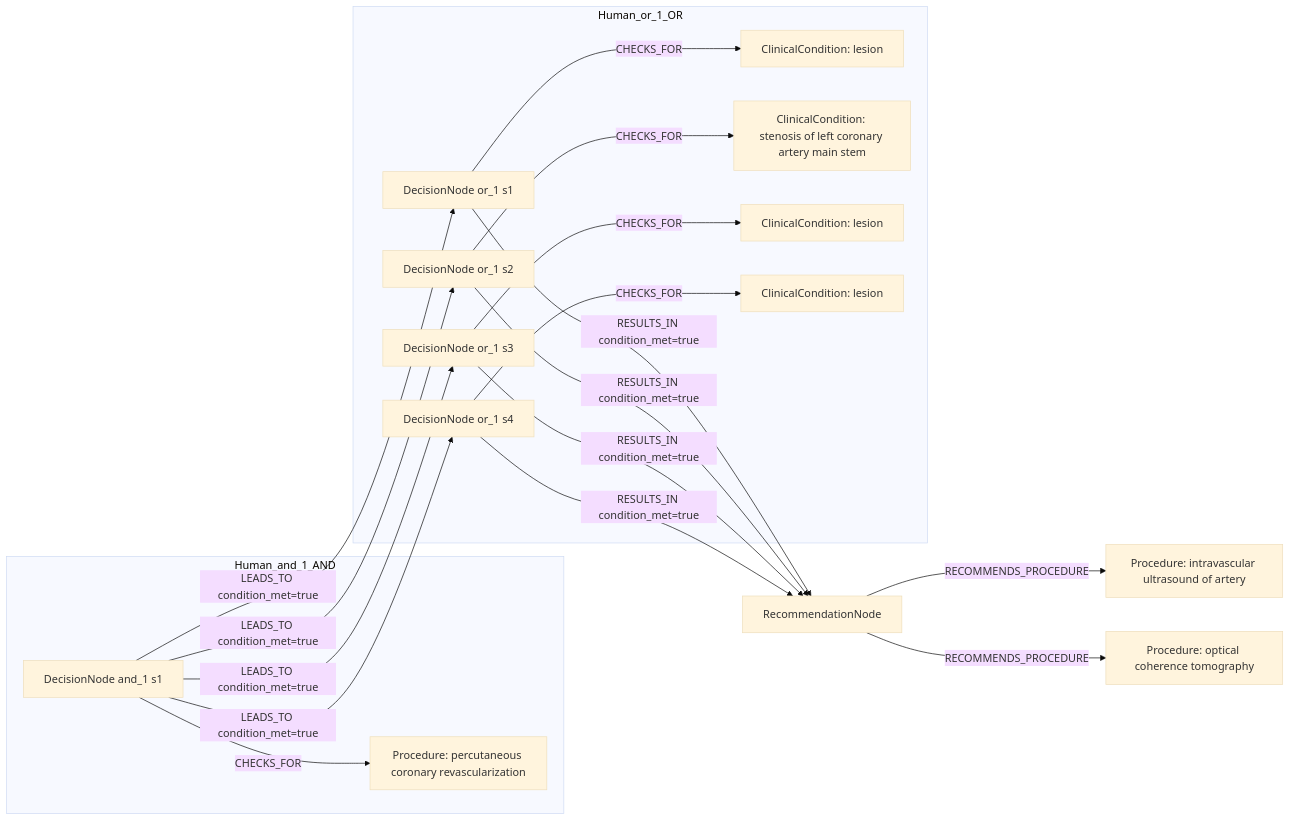
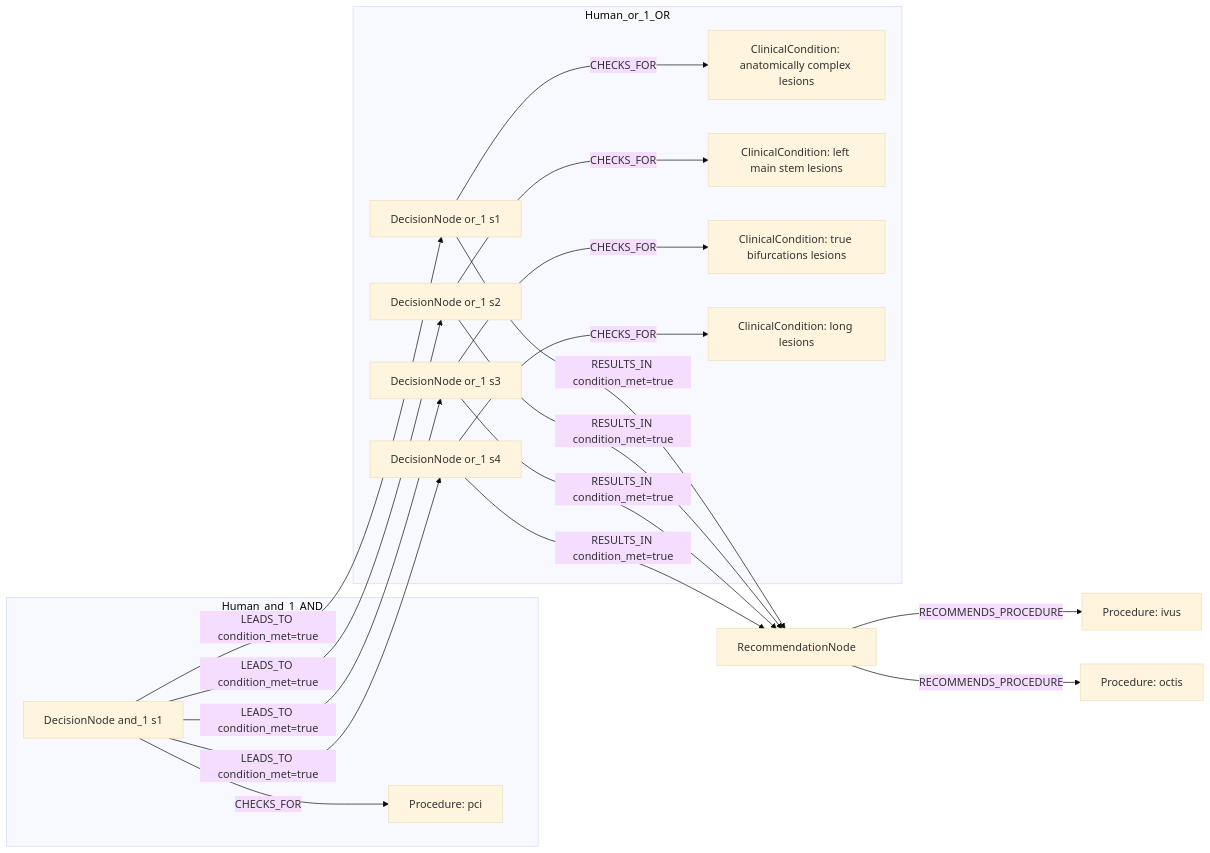
The first of 2 diagrams in docs/table22_rows_comparison/row_16.md (dieterich-lab/CardioGuidelinesGraph), drawn with Mermaid (base theme) before and after one commit. The commit also changed other lines of this file and 20 other files, not shown here.

````diff
--- a/docs/table22_rows_comparison/row_16.md
+++ b/docs/table22_rows_comparison/row_16.md
@@ -261,35 +209,35 @@
 ```mermaid
 graph LR
   REC[RecommendationNode]
-  ACT1[Procedure: intravascular ultrasound of artery]
+  ACT1[Procedure: ivus]
   REC -->|RECOMMENDS_PROCEDURE| ACT1
-  ACT2[Procedure: optical coherence tomography]
+  ACT2[Procedure: octis]
   REC -->|RECOMMENDS_PROCEDURE| ACT2
   subgraph Human_and_1_AND
     D_and_1_1[DecisionNode and_1 s1]
-    C_and_1_1[Procedure: percutaneous coronary revascularization]
+    C_and_1_1[Procedure: pci]
     D_and_1_1 -->|CHECKS_FOR| C_and_1_1
   end
   subgraph Human_or_1_OR
     D_or_1_1[DecisionNode or_1 s1]
-    C_or_1_1[ClinicalCondition: lesion]
+    C_or_1_1[ClinicalCondition: anatomically complex lesions]
     D_or_1_1 -->|CHECKS_FOR| C_or_1_1
     D_or_1_2[DecisionNode or_1 s2]
-    C_or_1_2[ClinicalCondition: stenosis of left coronary artery main stem]
+    C_or_1_2[ClinicalCondition: left main stem lesions]
     D_or_1_2 -->|CHECKS_FOR| C_or_1_2
     D_or_1_3[DecisionNode or_1 s3]
-    C_or_1_3[ClinicalCondition: lesion]
+    C_or_1_3[ClinicalCondition: true bifurcations lesions]
     D_or_1_3 -->|CHECKS_FOR| C_or_1_3
     D_or_1_4[DecisionNode or_1 s4]
-    C_or_1_4[ClinicalCondition: lesion]
+    C_or_1_4[ClinicalCondition: long lesions]
     D_or_1_4 -->|CHECKS_FOR| C_or_1_4
     D_and_1_1 -->|LEADS_TO condition_met=true| D_or_1_1
     D_and_1_1 -->|LEADS_TO condition_met=true| D_or_1_2
     D_and_1_1 -->|LEADS_TO condition_met=true| D_or_1_3
     D_and_1_1 -->|LEADS_TO condition_met=true| D_or_1_4
   end
   D_or_1_1 -->|RESULTS_IN condition_met=true| REC
   D_or_1_2 -->|RESULTS_IN condition_met=true| REC
   D_or_1_3 -->|RESULTS_IN condition_met=true| REC
   D_or_1_4 -->|RESULTS_IN condition_met=true| REC
 ```
````
